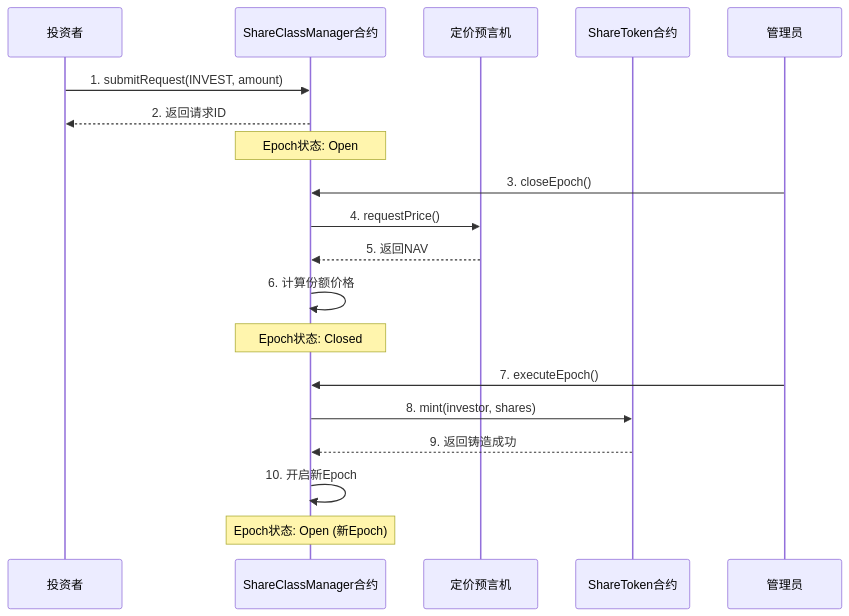
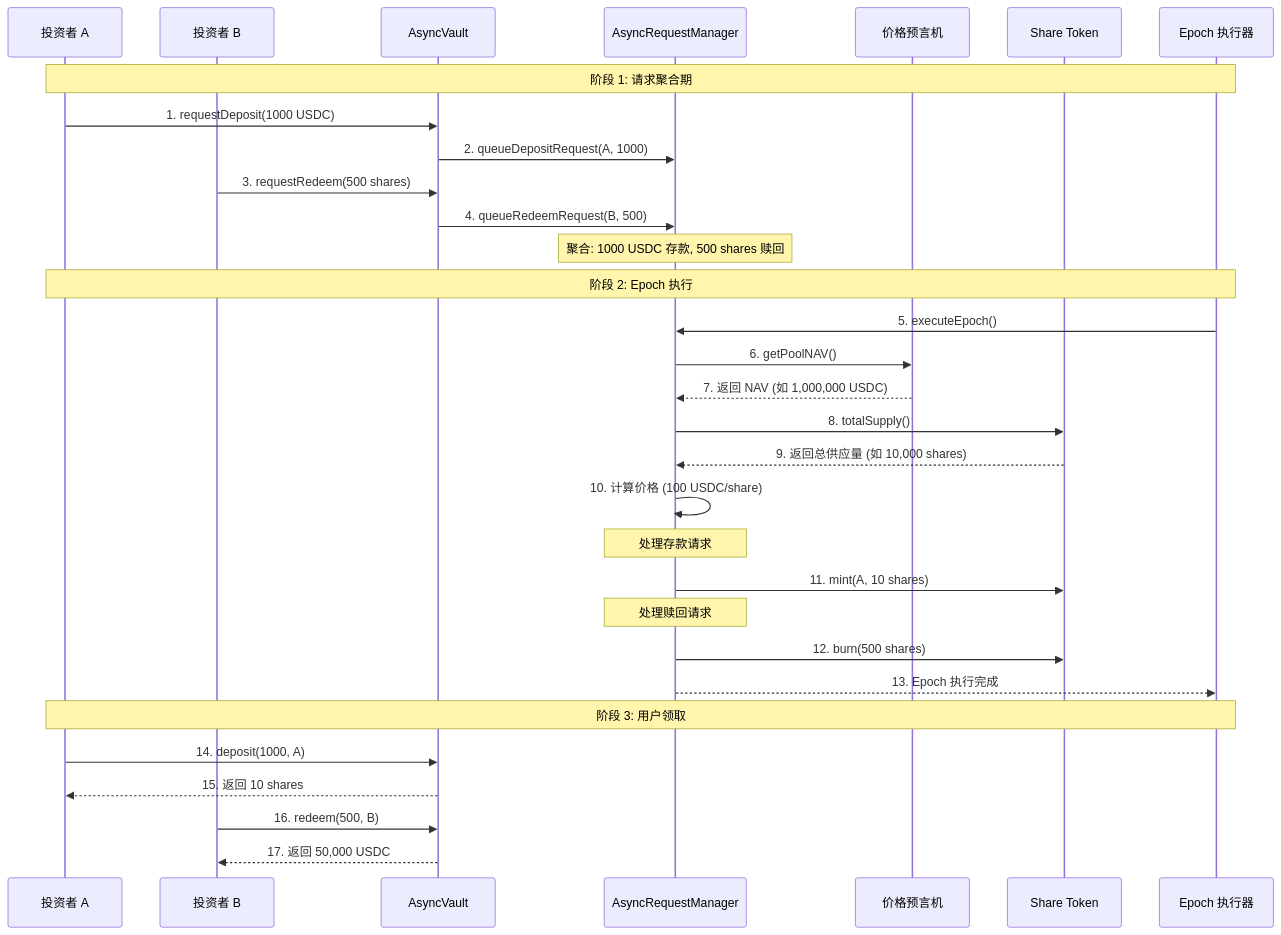
One commit to USDAble/rwa-husd-docs changed the fourth of 7 diagrams in product-analysis/RWA-Protocols/Centrifuge/technical-deep-dive.md. Above: the diagram before and after it, drawn with Mermaid. The commit also changed other lines of this file, not shown here.

````diff
--- a/product-analysis/RWA-Protocols/Centrifuge/technical-deep-dive.md
+++ b/product-analysis/RWA-Protocols/Centrifuge/technical-deep-dive.md
@@ -881,24 +891,39 @@
 ```mermaid
 sequenceDiagram
-    participant Investor as 投资者
-    participant ShareClassMgr as ShareClassManager合约
-    participant Oracle as 定价预言机
-    participant ShareToken as ShareToken合约
-    participant Admin as 管理员
+    participant Investor1 as 投资者 A
+    participant Investor2 as 投资者 B
+    participant Vault as AsyncVault
+    participant RequestMgr as AsyncRequestManager
+    participant Oracle as 价格预言机
+    participant ShareToken as Share Token
+    participant Admin as Epoch 执行器
 
-    Investor->>ShareClassMgr: 1. submitRequest(INVEST, amount)
-    ShareClassMgr-->>Investor: 2. 返回请求ID
-    Note over ShareClassMgr: Epoch状态: Open
+    Note over Investor1,Admin: 阶段 1: 请求聚合期
+    Investor1->>Vault: 1. requestDeposit(1000 USDC)
+    Vault->>RequestMgr: 2. queueDepositRequest(A, 1000)
+    Investor2->>Vault: 3. requestRedeem(500 shares)
+    Vault->>RequestMgr: 4. queueRedeemRequest(B, 500)
+    Note over RequestMgr: 聚合: 1000 USDC 存款, 500 shares 赎回
 
-    Admin->>ShareClassMgr: 3. closeEpoch()
-    ShareClassMgr->>Oracle: 4. requestPrice()
-    Oracle-->>ShareClassMgr: 5. 返回NAV
-    ShareClassMgr->>ShareClassMgr: 6. 计算份额价格
-    Note over ShareClassMgr: Epoch状态: Closed
+    Note over Investor1,Admin: 阶段 2: Epoch 执行
+    Admin->>RequestMgr: 5. executeEpoch()
+    RequestMgr->>Oracle: 6. getPoolNAV()
+    Oracle-->>RequestMgr: 7. 返回 NAV (如 1,000,000 USDC)
+    RequestMgr->>ShareToken: 8. totalSupply()
+    ShareToken-->>RequestMgr: 9. 返回总供应量 (如 10,000 shares)
+    RequestMgr->>RequestMgr: 10. 计算价格 (100 USDC/share)
 
-    Admin->>ShareClassMgr: 7. executeEpoch()
-    ShareClassMgr->>ShareToken: 8. mint(investor, shares)
-    ShareToken-->>ShareClassMgr: 9. 返回铸造成功
-    ShareClassMgr->>ShareClassMgr: 10. 开启新Epoch
-    Note over ShareClassMgr: Epoch状态: Open (新Epoch)
+    Note over RequestMgr: 处理存款请求
+    RequestMgr->>ShareToken: 11. mint(A, 10 shares)
+
+    Note over RequestMgr: 处理赎回请求
+    RequestMgr->>ShareToken: 12. burn(500 shares)
+
+    RequestMgr-->>Admin: 13. Epoch 执行完成
+
+    Note over Investor1,Admin: 阶段 3: 用户领取
+    Investor1->>Vault: 14. deposit(1000, A)
+    Vault-->>Investor1: 15. 返回 10 shares
+    Investor2->>Vault: 16. redeem(500, B)
+    Vault-->>Investor2: 17. 返回 50,000 USDC
 ```
````
